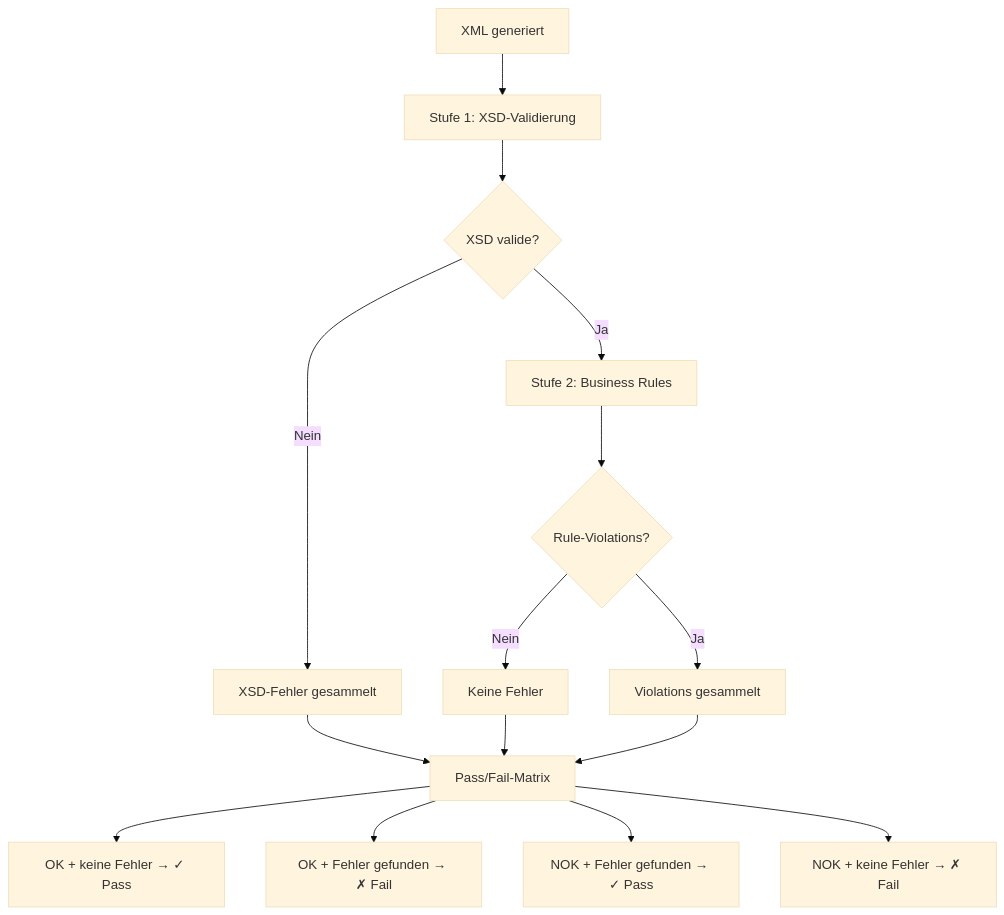
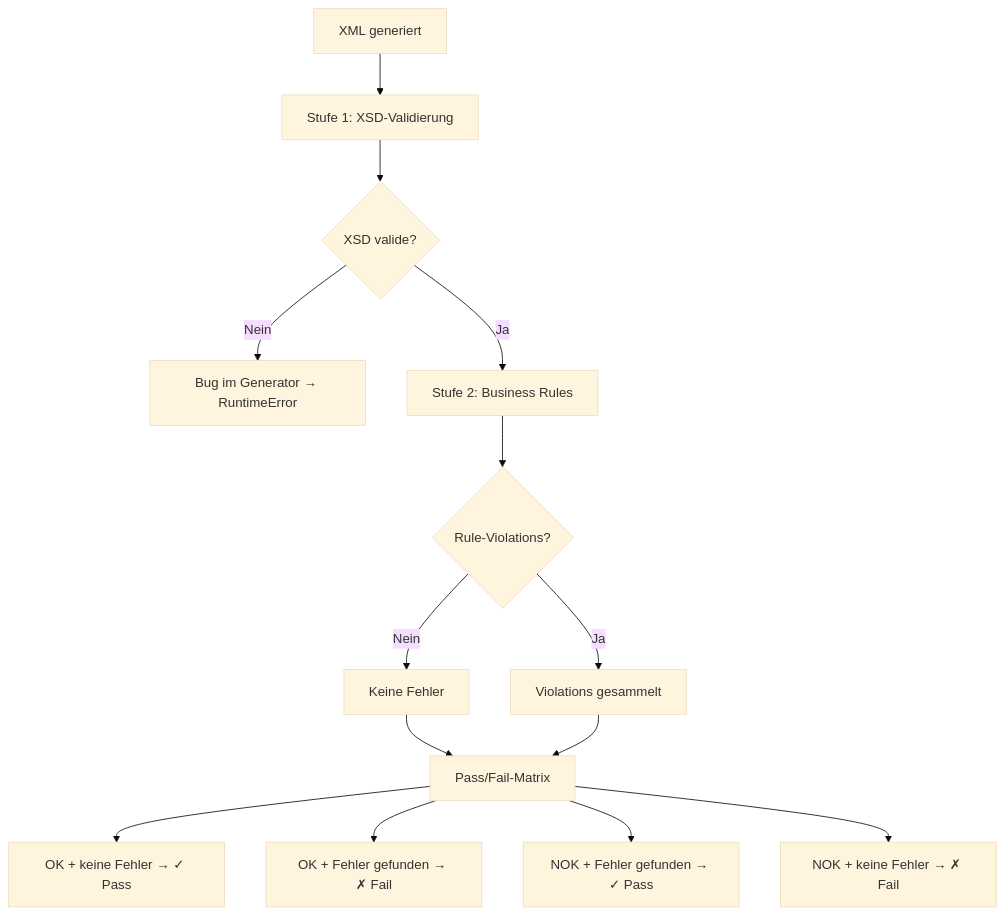
Before and after one commit to Sebastenhauer/iso20022tester: the second of 3 diagrams in README.md, drawn with Mermaid (base theme). The commit also changed other lines of this file, not shown here.

````diff
--- a/README.md
+++ b/README.md
@@ -49,17 +45,17 @@
 ```mermaid
 flowchart TD
     A[XML generiert] --> B[Stufe 1: XSD-Validierung]
     B --> C{XSD valide?}
-    C -- Nein --> D[XSD-Fehler gesammelt]
+    C -- Nein --> D["Bug im Generator → RuntimeError"]
     C -- Ja --> E[Stufe 2: Business Rules]
     E --> F{Rule-Violations?}
     F -- Nein --> G[Keine Fehler]
     F -- Ja --> H[Violations gesammelt]
 
-    D & G & H --> I[Pass/Fail-Matrix]
+    G & H --> I[Pass/Fail-Matrix]
 
     I --> J["OK + keine Fehler → ✓ Pass"]
     I --> K["OK + Fehler gefunden → ✗ Fail"]
     I --> L["NOK + Fehler gefunden → ✓ Pass"]
     I --> M["NOK + keine Fehler → ✗ Fail"]
 ```
````
